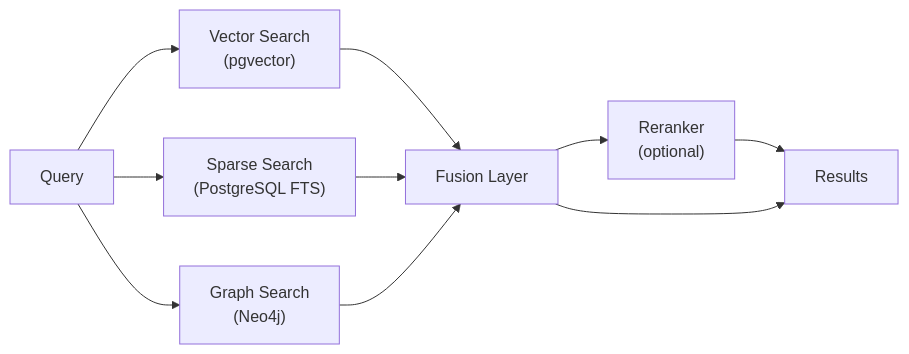
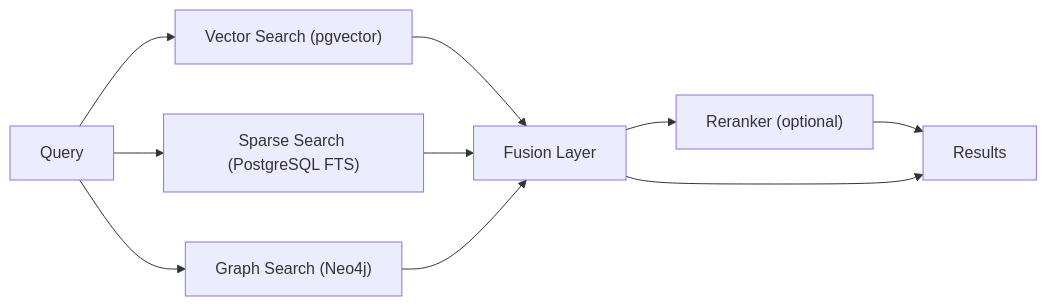
Before and after one commit to DMontgomery40/tribrid-rag: the first of 2 diagrams in mkdocs/docs/index.md, drawn with Mermaid. The commit also changed 52 other files, not shown here.

````diff
--- a/mkdocs/docs/index.md
+++ b/mkdocs/docs/index.md
@@ -68,12 +68,12 @@
 ```mermaid
 flowchart LR
-    Q["Query"] --> V["Vector Search\n(pgvector)"]
-    Q --> S["Sparse Search\n(PostgreSQL FTS)"]
-    Q --> G["Graph Search\n(Neo4j)"]
+    Q["Query"] --> V["Vector Search (pgvector)"]
+    Q --> S["Sparse Search (PostgreSQL FTS)"]
+    Q --> G["Graph Search (Neo4j)"]
     V --> F["Fusion Layer"]
     S --> F
     G --> F
-    F --> R["Reranker\n(optional)"]
+    F --> R["Reranker (optional)"]
     R --> O["Results"]
     F --> O
 ```
````
